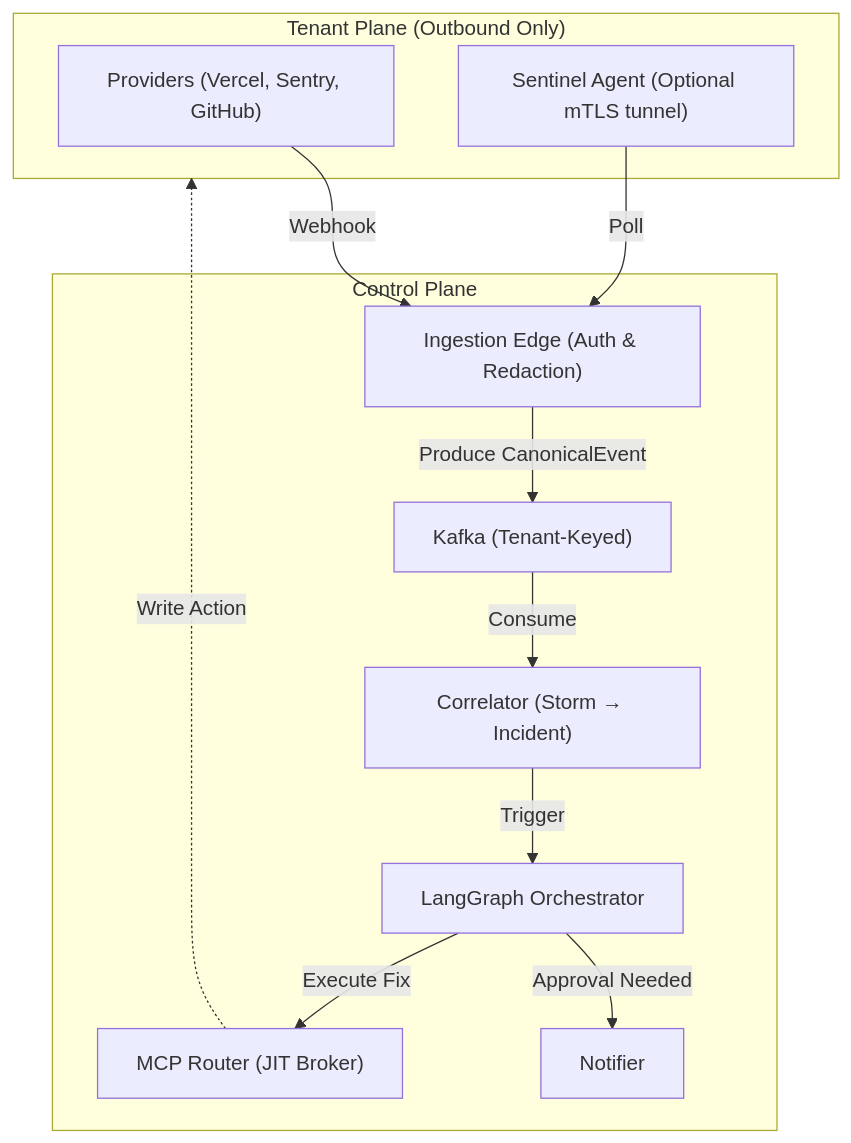
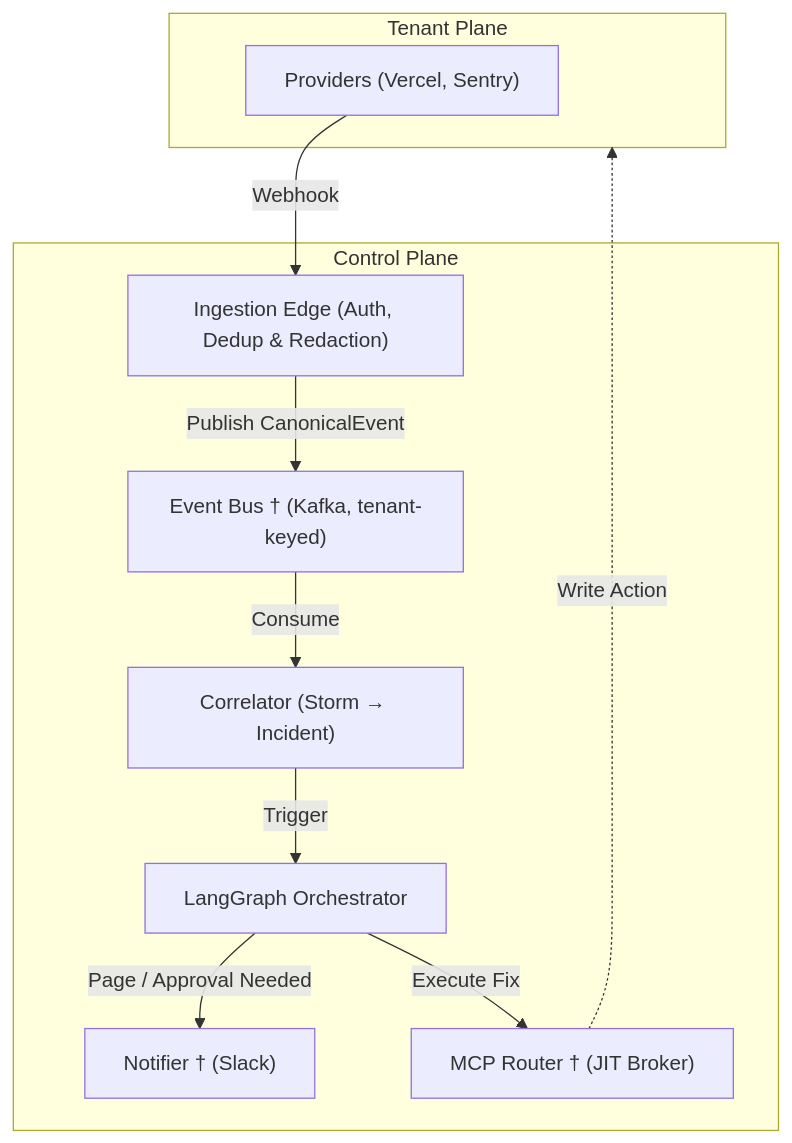
The first of 2 diagrams in README.md (tejas-ashri/On-Call-Agent), drawn with Mermaid before and after one commit. The commit also changed other lines of this file, not shown here.

````diff
--- a/README.md
+++ b/README.md
@@ -63,25 +106,23 @@
 ```mermaid
 flowchart TD
-  subgraph Tenant_Plane["Tenant Plane (Outbound Only)"]
-    PROV["Providers (Vercel, Sentry, GitHub)"]
-    AGENT["Sentinel Agent (Optional mTLS tunnel)"]
+  subgraph Tenant_Plane["Tenant Plane"]
+    PROV["Providers (Vercel, Sentry)"]
   end
 
   subgraph Control_Plane["Control Plane"]
-    EDGE["Ingestion Edge (Auth & Redaction)"]
-    KAFKA["Kafka (Tenant-Keyed)"]
+    EDGE["Ingestion Edge (Auth, Dedup & Redaction)"]
+    KAFKA["Event Bus † (Kafka, tenant-keyed)"]
     CORR["Correlator (Storm → Incident)"]
     ORCH["LangGraph Orchestrator"]
-    MCP["MCP Router (JIT Broker)"]
-    NOTIFY["Notifier"]
+    MCP["MCP Router † (JIT Broker)"]
+    NOTIFY["Notifier † (Slack)"]
   end
 
   PROV -->|Webhook| EDGE
-  AGENT -->|Poll| EDGE
-  EDGE -->|Produce CanonicalEvent| KAFKA
+  EDGE -->|Publish CanonicalEvent| KAFKA
   KAFKA -->|Consume| CORR
   CORR -->|Trigger| ORCH
-  ORCH -->|Approval Needed| NOTIFY
+  ORCH -->|Page / Approval Needed| NOTIFY
   ORCH -->|Execute Fix| MCP
   MCP -.->|Write Action| Tenant_Plane
 ```
````
